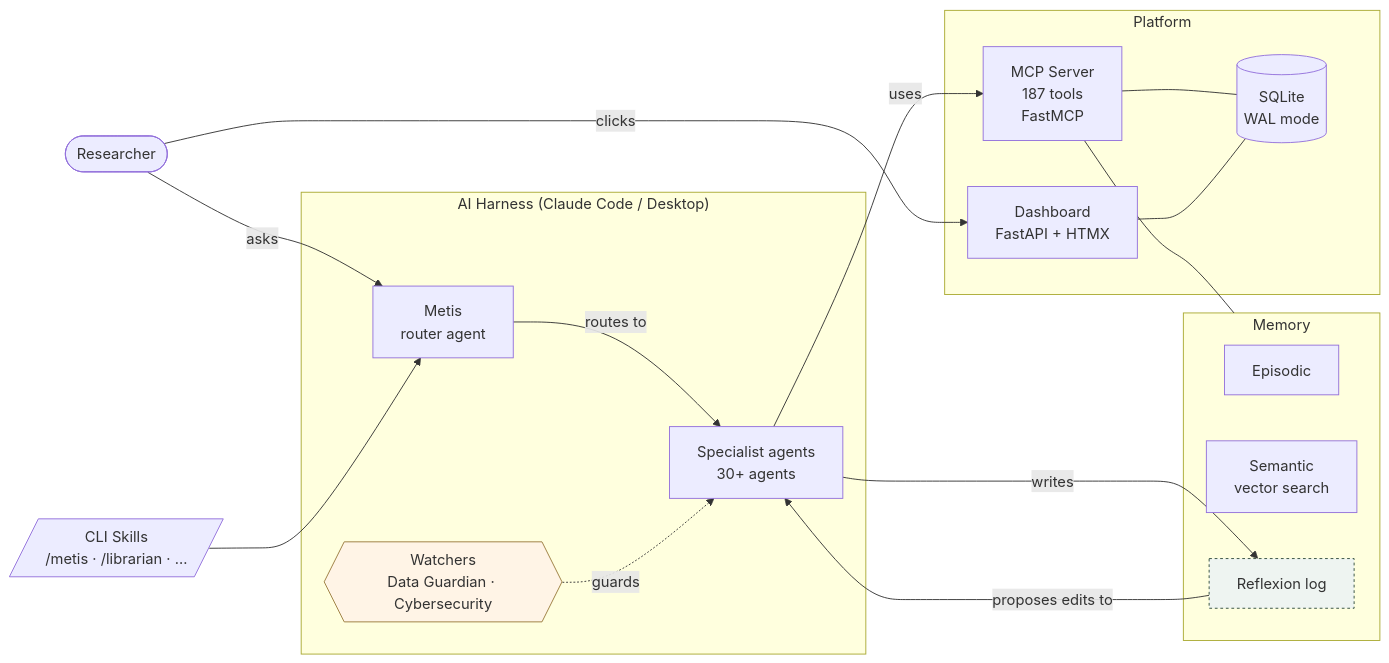
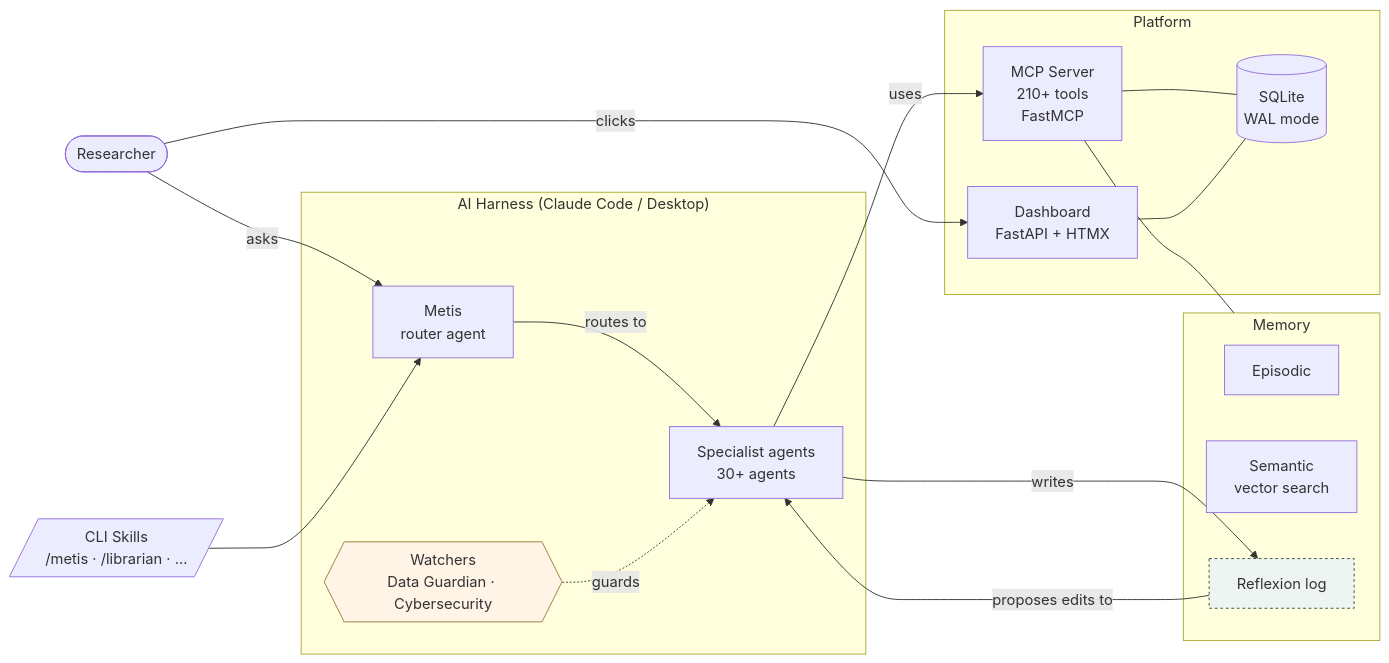
Before and after one commit to SVerITG/Metis: the diagram in README.md, drawn with Mermaid. The commit also changed other lines of this file and 4 other files, not shown here.

````diff
--- a/README.md
+++ b/README.md
@@ -537,35 +537,35 @@
 ```mermaid
 flowchart LR
     U([Researcher])
     subgraph Harness["AI Harness (Claude Code / Desktop)"]
         METIS[Metis\nrouter agent]
         AGENTS[Specialist agents\n30+ agents]
         WATCHERS{{Watchers\nData Guardian · Cybersecurity}}
     end
     subgraph Platform
-        MCP[MCP Server\n187 tools\nFastMCP]
+        MCP[MCP Server\n210+ tools\nFastMCP]
         DASH[Dashboard\nFastAPI + HTMX]
         DB[(SQLite\nWAL mode)]
     end
     subgraph Memory
         EPIS[Episodic]
         SEM[Semantic\nvector search]
         REFLEX[Reflexion log]
     end
     Skills[/CLI Skills\n/metis · /librarian · …/]
 
     U -->|asks| METIS
     U -->|clicks| DASH
     METIS -->|routes to| AGENTS
     AGENTS -->|uses| MCP
     MCP --- DB
     DASH --- DB
     WATCHERS -.guards.-> AGENTS
     AGENTS -->|writes| REFLEX
     REFLEX -->|proposes edits to| AGENTS
     MCP --- Memory
     Skills --> METIS
 
     style WATCHERS fill:#fff4e6,stroke:#9a7b3c
     style REFLEX fill:#eef4f1,stroke:#2d4a3a,stroke-dasharray:3 3
 ```
````
